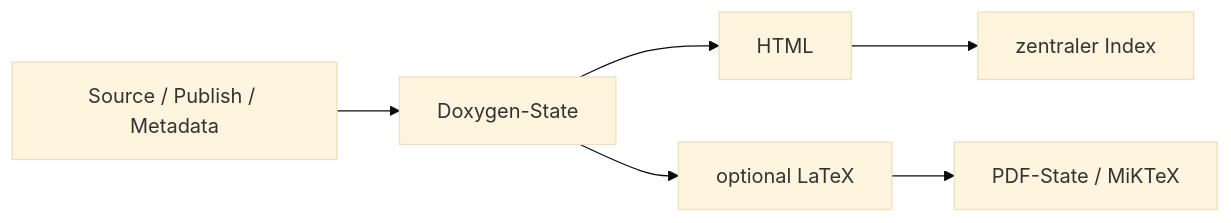
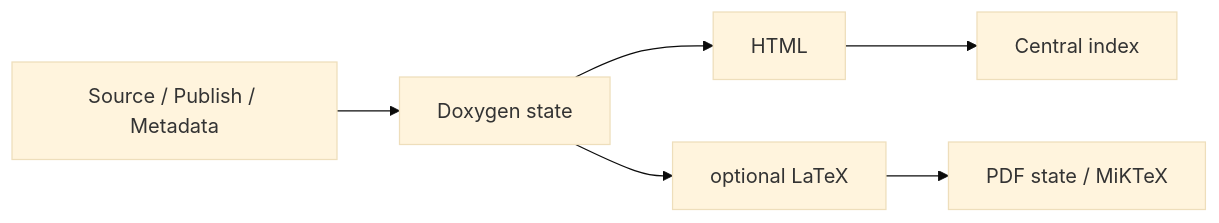
The third of 3 diagrams in admin/server-docs/documentation.md (adeccscholar/BuildEngine-Admin), drawn with Mermaid (base theme) before and after one commit. The commit also changed other lines of this file, not shown here.

````diff
--- a/admin/server-docs/documentation.md
+++ b/admin/server-docs/documentation.md
@@ -289,8 +285,8 @@
 ```mermaid
 flowchart LR
-   S[Source / Publish / Metadata] --> D[Doxygen-State]
+   S[Source / Publish / Metadata] --> D[Doxygen state]
    D --> H[HTML]
    D --> L[optional LaTeX]
-   L --> P[PDF-State / MiKTeX]
-   H --> I[zentraler Index]
+   L --> P[PDF state / MiKTeX]
+   H --> I[Central index]
 ```
````
